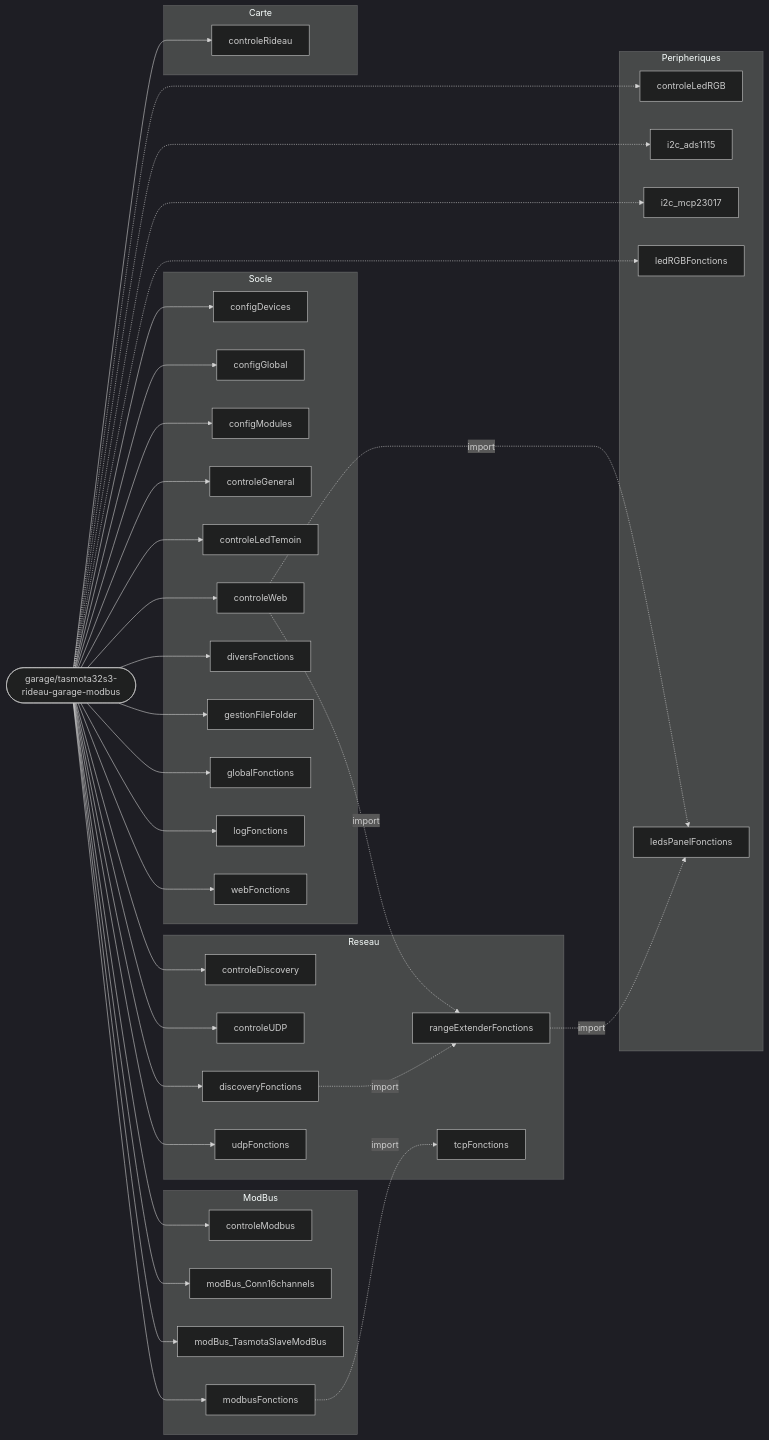
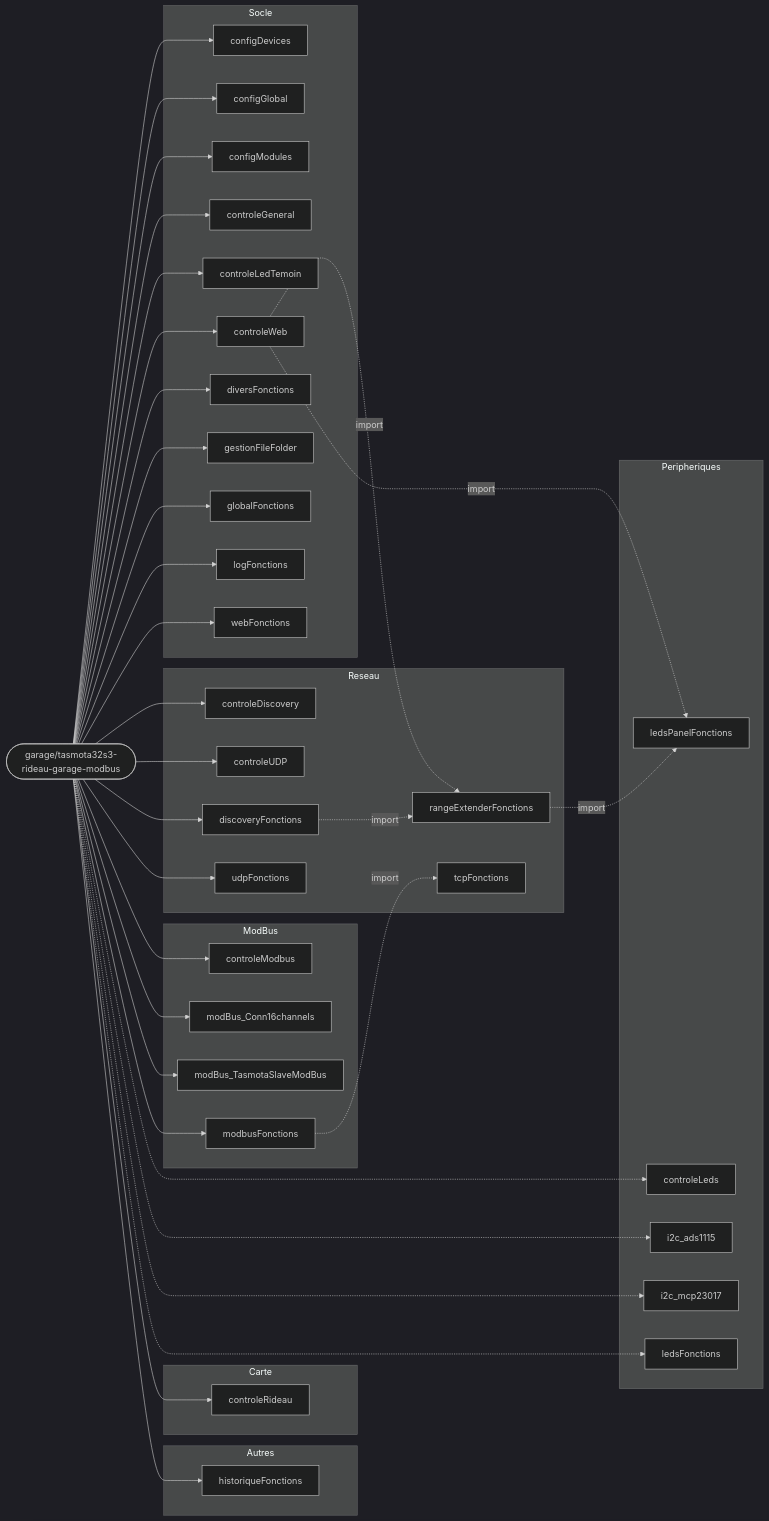
One commit to fdaubercy/Tasmota changed the seventh of 8 diagrams in outils_docs/CARTE_MODULES_BERRY.md. Above: the diagram before and after it, drawn with Mermaid (dark theme). The commit also changed other lines of this file and 11 other files, not shown here.

First line of the commit message:
refactor: module LED RGB renomme ledsFonctions / controleLeds

````diff
--- a/outils_docs/CARTE_MODULES_BERRY.md
+++ b/outils_docs/CARTE_MODULES_BERRY.md
@@ -536,70 +559,74 @@
 ```mermaid
 flowchart LR
     CARTE(["garage/tasmota32s3-rideau-garage-modbus"])
     subgraph g_Socle["Socle"]
         m_configDevices["configDevices"]
         m_configGlobal["configGlobal"]
         m_configModules["configModules"]
         m_controleGeneral["controleGeneral"]
         m_controleLedTemoin["controleLedTemoin"]
         m_controleWeb["controleWeb"]
         m_diversFonctions["diversFonctions"]
         m_gestionFileFolder["gestionFileFolder"]
         m_globalFonctions["globalFonctions"]
         m_logFonctions["logFonctions"]
         m_webFonctions["webFonctions"]
     end
     subgraph g_Reseau["Reseau"]
         m_controleDiscovery["controleDiscovery"]
         m_controleUDP["controleUDP"]
         m_discoveryFonctions["discoveryFonctions"]
         m_rangeExtenderFonctions["rangeExtenderFonctions"]
         m_tcpFonctions["tcpFonctions"]
         m_udpFonctions["udpFonctions"]
     end
     subgraph g_ModBus["ModBus"]
         m_controleModbus["controleModbus"]
         m_modBus_Conn16channels["modBus_Conn16channels"]
         m_modBus_TasmotaSlaveModBus["modBus_TasmotaSlaveModBus"]
         m_modbusFonctions["modbusFonctions"]
     end
     subgraph g_Peripheriques["Peripheriques"]
-        m_controleLedRGB["controleLedRGB"]
+        m_controleLeds["controleLeds"]
         m_i2c_ads1115["i2c_ads1115"]
         m_i2c_mcp23017["i2c_mcp23017"]
-        m_ledRGBFonctions["ledRGBFonctions"]
+        m_ledsFonctions["ledsFonctions"]
         m_ledsPanelFonctions["ledsPanelFonctions"]
     end
     subgraph g_Carte["Carte"]
         m_controleRideau["controleRideau"]
+    end
+    subgraph g_Autres["Autres"]
+        m_historiqueFonctions["historiqueFonctions"]
     end
     CARTE --> m_configDevices
     CARTE --> m_configGlobal
     CARTE --> m_configModules
     CARTE --> m_controleGeneral
     CARTE --> m_controleLedTemoin
     CARTE --> m_controleWeb
     CARTE --> m_diversFonctions
     CARTE --> m_gestionFileFolder
     CARTE --> m_globalFonctions
     CARTE --> m_logFonctions
     CARTE --> m_webFonctions
     CARTE --> m_controleDiscovery
     CARTE --> m_controleUDP
     CARTE --> m_discoveryFonctions
     m_controleWeb -.->|import| m_rangeExtenderFonctions
     m_discoveryFonctions -.->|import| m_rangeExtenderFonctions
     m_modbusFonctions -.->|import| m_tcpFonctions
     CARTE --> m_udpFonctions
     CARTE --> m_controleModbus
     CARTE --> m_modBus_Conn16channels
     CARTE --> m_modBus_TasmotaSlaveModBus
     CARTE --> m_modbusFonctions
-    CARTE -.-> m_controleLedRGB
+    CARTE -.-> m_controleLeds
     CARTE -.-> m_i2c_ads1115
     CARTE -.-> m_i2c_mcp23017
-    CARTE -.-> m_ledRGBFonctions
+    CARTE -.-> m_ledsFonctions
+    m_rangeExtenderFonctions -.->|import| m_ledsPanelFonctions
     m_controleWeb -.->|import| m_ledsPanelFonctions
-    m_rangeExtenderFonctions -.->|import| m_ledsPanelFonctions
     CARTE --> m_controleRideau
+    CARTE --> m_historiqueFonctions
 ```
````
